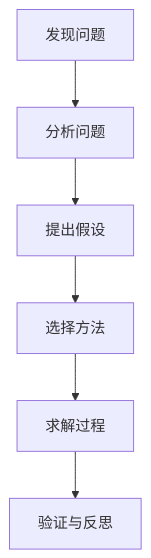
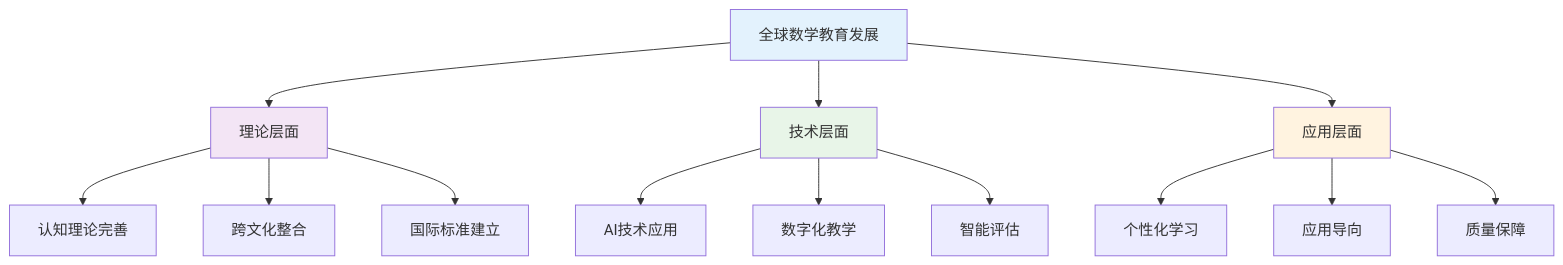
Diagram 14 of 15 in 02-核心学科理论/01-数学教育理论与实践.md (AdaMartin18010/SeniorEnducation), drawn with Mermaid before and after one commit. The commit also changed other lines of this file and 16 other files, not shown here.

````diff
--- a/02-核心学科理论/01-数学教育理论与实践.md
+++ b/02-核心学科理论/01-数学教育理论与实践.md
@@ -385,8 +667,23 @@
 ```mermaid
 graph TD
-    A[发现问题] --> B[分析问题]
-    B --> C[提出假设]
-    C --> D[选择方法]
-    D --> E[求解过程]
-    E --> F[验证与反思]
+    A[全球数学教育发展] --> B[理论层面]
+    A --> C[技术层面]
+    A --> D[应用层面]
+    
+    B --> B1[认知理论完善]
+    B --> B2[跨文化整合]
+    B --> B3[国际标准建立]
+    
+    C --> C1[AI技术应用]
+    C --> C2[数字化教学]
+    C --> C3[智能评估]
+    
+    D --> D1[个性化学习]
+    D --> D2[应用导向]
+    D --> D3[质量保障]
+    
+    style A fill:#e3f2fd
+    style B fill:#f3e5f5
+    style C fill:#e8f5e8
+    style D fill:#fff3e0
 ```
````
